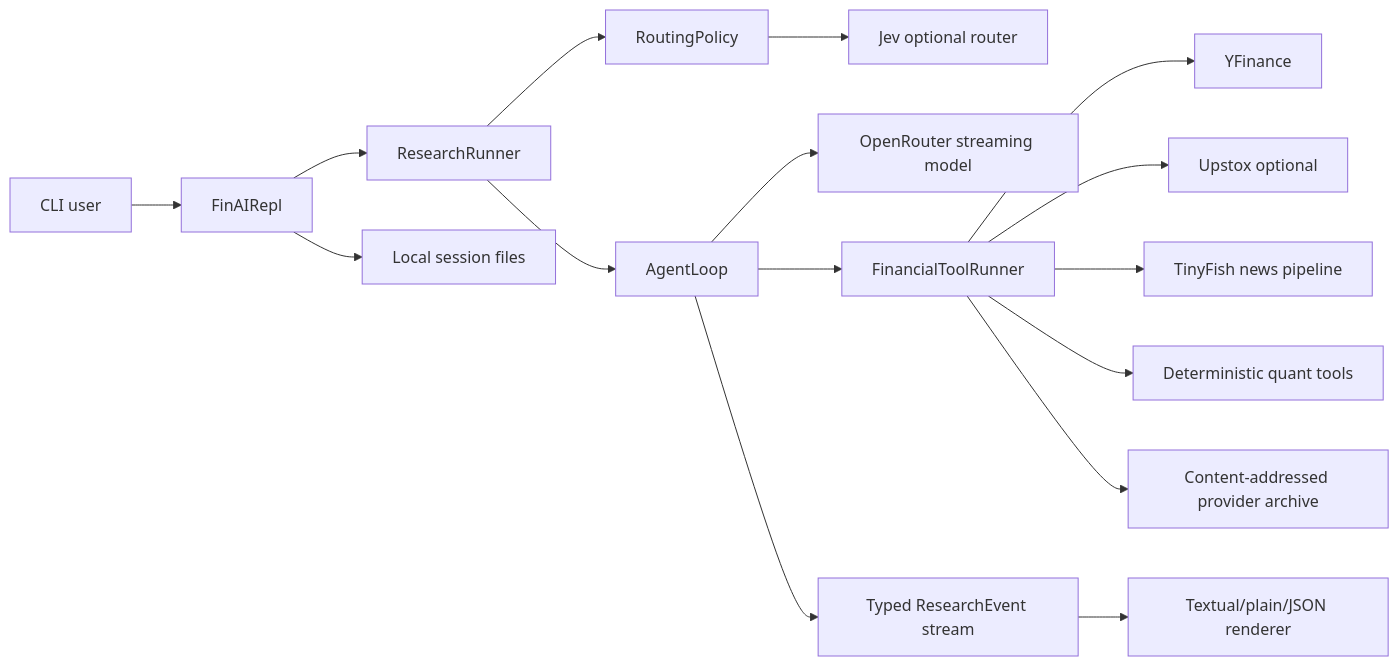
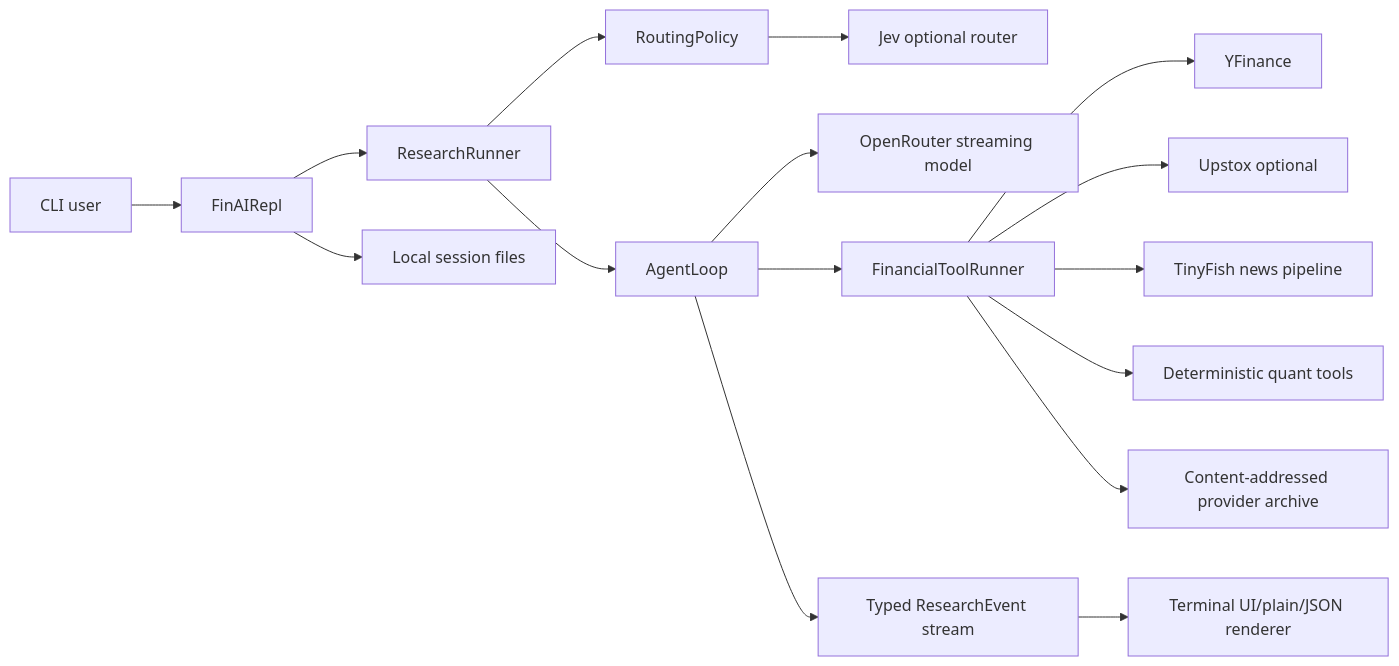
One commit to rahul2-byte/financial-analyst-system changed the diagram in README.md. Above: the diagram before and after it, drawn with Mermaid. The commit also changed other lines of this file and 188 other files, not shown here.

````diff
--- a/README.md
+++ b/README.md
@@ -18,18 +18,18 @@
 ```mermaid
 flowchart LR
     U[CLI user] --> S[FinAIRepl]
     S --> R[ResearchRunner]
     R --> P[RoutingPolicy]
     P --> J[Jev optional router]
     R --> L[AgentLoop]
     L --> M[OpenRouter streaming model]
     L --> T[FinancialToolRunner]
     T --> Y[YFinance]
     T --> Q[Upstox optional]
     T --> N[TinyFish news pipeline]
     T --> D[Deterministic quant tools]
     L --> E[Typed ResearchEvent stream]
-    E --> V[Textual/plain/JSON renderer]
+    E --> V[Terminal UI/plain/JSON renderer]
     S --> F[Local session files]
     T --> A[Content-addressed provider archive]
 ```
````
